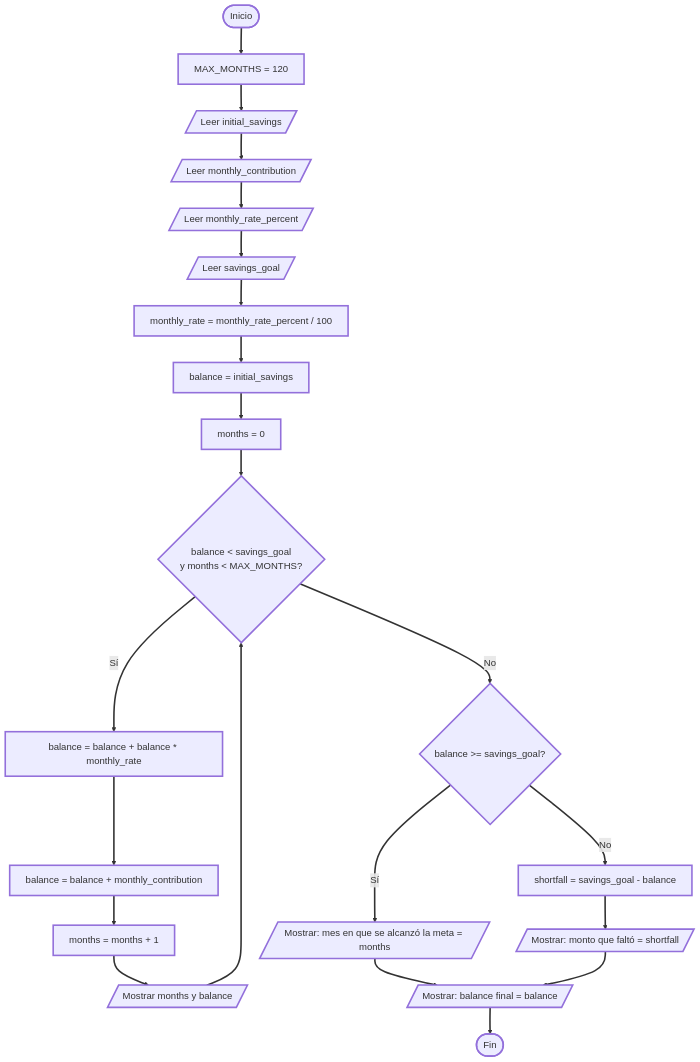
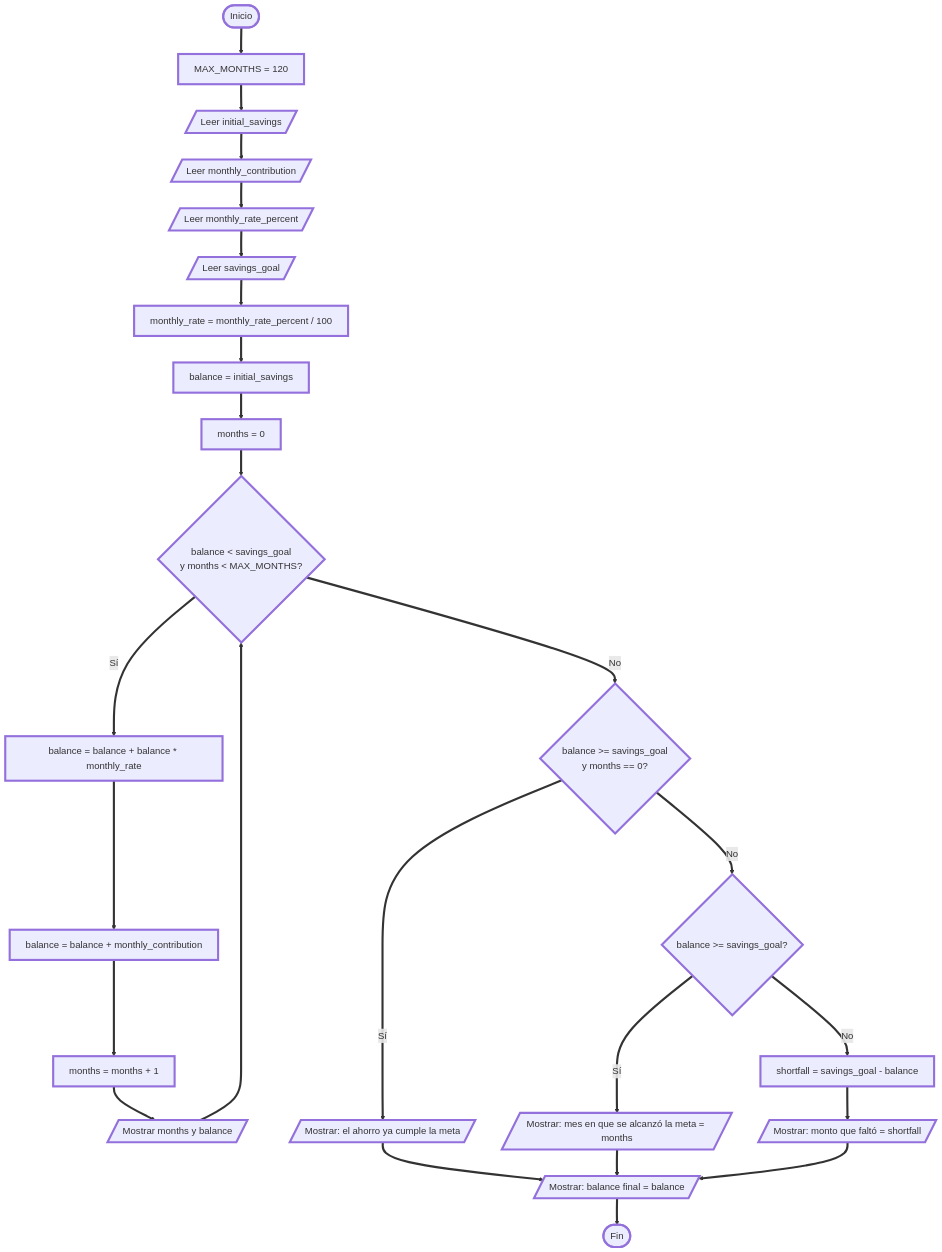
One commit to razzcr/C3-2026-SCV6 changed the diagram in ejercicios/Semana7/simulador_ahorro_intereses_compuesto.md. Above: the diagram before and after it, drawn with Mermaid. The commit also changed 6 other files, not shown here.

````diff
--- a/ejercicios/Semana7/simulador_ahorro_intereses_compuesto.md
+++ b/ejercicios/Semana7/simulador_ahorro_intereses_compuesto.md
@@ -1,32 +1,36 @@
 ```mermaid
 %%{init: {"themeVariables": {"fontFamily": "Arial", "fontSize": "18px"}, "flowchart": {"htmlLabels": true, "wrappingWidth": 350, "padding": 15}}}%%
 flowchart TD
     A([Inicio]) --> B["MAX_MONTHS = 120"]
     B --> C[/"Leer initial_savings"/]
     C --> D[/"Leer monthly_contribution"/]
     D --> E[/"Leer monthly_rate_percent"/]
     E --> F[/"Leer savings_goal"/]
     F --> G["monthly_rate = monthly_rate_percent / 100"]
     G --> H["balance = initial_savings"]
     H --> I["months = 0"]
     I --> J{"balance < savings_goal<br/>y months < MAX_MONTHS?"}
 
     J -->|Sí| K["balance = balance + balance * monthly_rate"]
-    J -->|No| O{"balance >= savings_goal?"}
+    J -->|No| O1{"balance >= savings_goal<br/>y months == 0?"}
 
     K --> L["balance = balance + monthly_contribution"]
     L --> M["months = months + 1"]
     M --> N[/"Mostrar months y balance"/]
     N --> J
 
-    O -->|Sí| P[/"Mostrar: mes en que se alcanzó la meta = months"/]
-    O -->|No| Q["shortfall = savings_goal - balance"]
+    O1 -->|Sí| P1[/"Mostrar: el ahorro ya cumple la meta"/]
+    O1 -->|No| O2{"balance >= savings_goal?"}
+
+    O2 -->|Sí| P2[/"Mostrar: mes en que se alcanzó la meta = months"/]
+    O2 -->|No| Q["shortfall = savings_goal - balance"]
 
     Q --> R[/"Mostrar: monto que faltó = shortfall"/]
-    P --> S[/"Mostrar: balance final = balance"/]
+    P1 --> S[/"Mostrar: balance final = balance"/]
+    P2 --> S
     R --> S
     S --> T([Fin])
 
-    linkStyle default stroke-width:3px
-    classDef default stroke-width:3px
+    linkStyle default stroke-width:4px
+    classDef default stroke-width:4px
 ```
````
